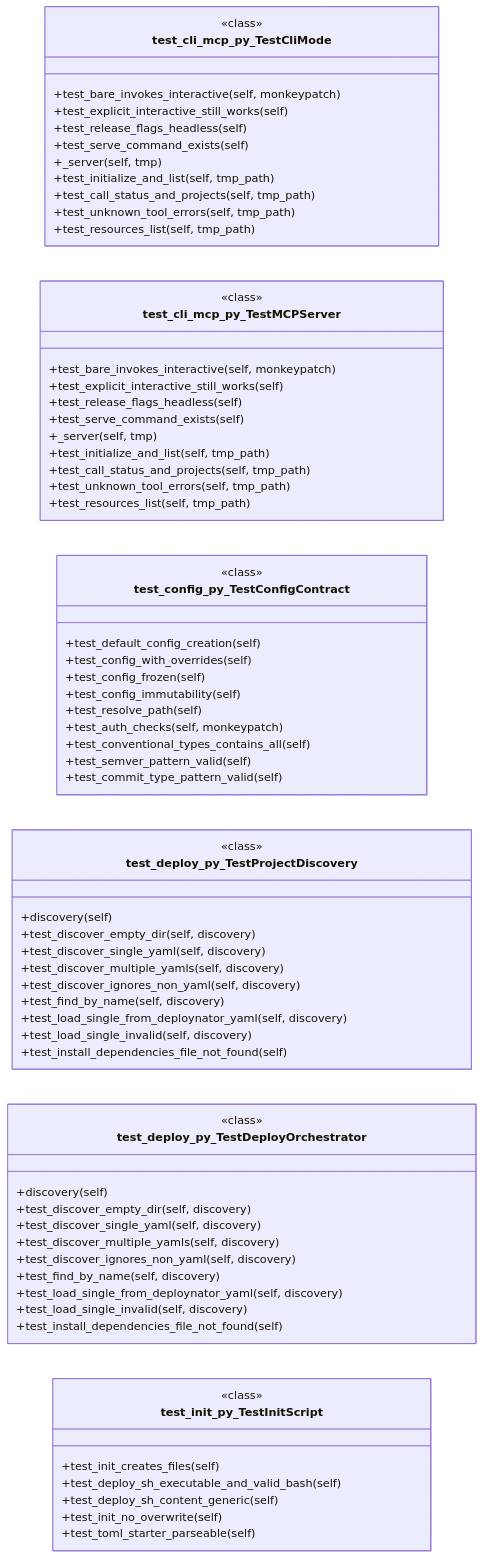
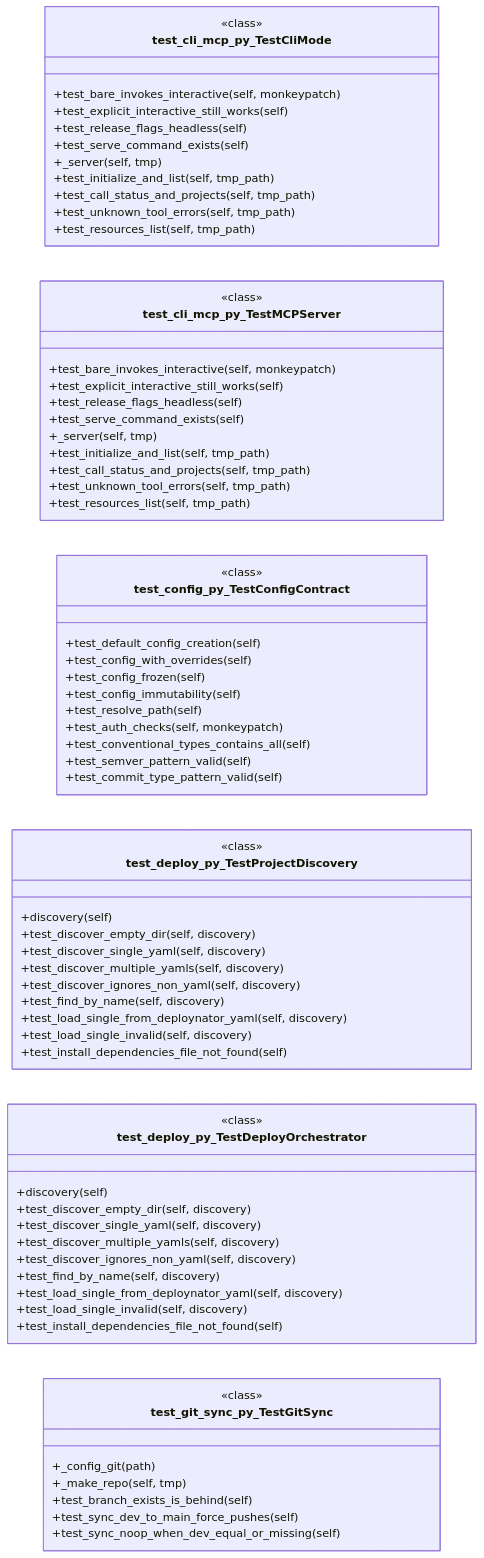
One commit to grisuno/deploynator changed diagram 16 of 18 in readmenator-maps/md/KNOWLEDGE_BASE.md. Above: the diagram before and after it, drawn with Mermaid. The commit also changed other lines of this file and 144 other files, not shown here.

````diff
--- a/readmenator-maps/md/KNOWLEDGE_BASE.md
+++ b/readmenator-maps/md/KNOWLEDGE_BASE.md
@@ -1788,72 +1778,72 @@
 ```mermaid
 classDiagram
   direction LR
   class test_cli_mcp_py_TestCliMode {
     <<class>>
     +test_bare_invokes_interactive(self, monkeypatch)
     +test_explicit_interactive_still_works(self)
     +test_release_flags_headless(self)
     +test_serve_command_exists(self)
     +_server(self, tmp)
     +test_initialize_and_list(self, tmp_path)
     +test_call_status_and_projects(self, tmp_path)
     +test_unknown_tool_errors(self, tmp_path)
     +test_resources_list(self, tmp_path)
   }
   class test_cli_mcp_py_TestMCPServer {
     <<class>>
     +test_bare_invokes_interactive(self, monkeypatch)
     +test_explicit_interactive_still_works(self)
     +test_release_flags_headless(self)
     +test_serve_command_exists(self)
     +_server(self, tmp)
     +test_initialize_and_list(self, tmp_path)
     +test_call_status_and_projects(self, tmp_path)
     +test_unknown_tool_errors(self, tmp_path)
     +test_resources_list(self, tmp_path)
   }
   class test_config_py_TestConfigContract {
     <<class>>
     +test_default_config_creation(self)
     +test_config_with_overrides(self)
     +test_config_frozen(self)
     +test_config_immutability(self)
     +test_resolve_path(self)
     +test_auth_checks(self, monkeypatch)
     +test_conventional_types_contains_all(self)
     +test_semver_pattern_valid(self)
     +test_commit_type_pattern_valid(self)
   }
   class test_deploy_py_TestProjectDiscovery {
     <<class>>
     +discovery(self)
     +test_discover_empty_dir(self, discovery)
     +test_discover_single_yaml(self, discovery)
     +test_discover_multiple_yamls(self, discovery)
     +test_discover_ignores_non_yaml(self, discovery)
     +test_find_by_name(self, discovery)
     +test_load_single_from_deploynator_yaml(self, discovery)
     +test_load_single_invalid(self, discovery)
     +test_install_dependencies_file_not_found(self)
   }
   class test_deploy_py_TestDeployOrchestrator {
     <<class>>
     +discovery(self)
     +test_discover_empty_dir(self, discovery)
     +test_discover_single_yaml(self, discovery)
     +test_discover_multiple_yamls(self, discovery)
     +test_discover_ignores_non_yaml(self, discovery)
     +test_find_by_name(self, discovery)
     +test_load_single_from_deploynator_yaml(self, discovery)
     +test_load_single_invalid(self, discovery)
     +test_install_dependencies_file_not_found(self)
   }
-  class test_init_py_TestInitScript {
+  class test_git_sync_py_TestGitSync {
     <<class>>
-    +test_init_creates_files(self)
-    +test_deploy_sh_executable_and_valid_bash(self)
-    +test_deploy_sh_content_generic(self)
-    +test_init_no_overwrite(self)
-    +test_toml_starter_parseable(self)
+    +_config_git(path)
+    +_make_repo(self, tmp)
+    +test_branch_exists_is_behind(self)
+    +test_sync_dev_to_main_force_pushes(self)
+    +test_sync_noop_when_dev_equal_or_missing(self)
   }
 ```
````
